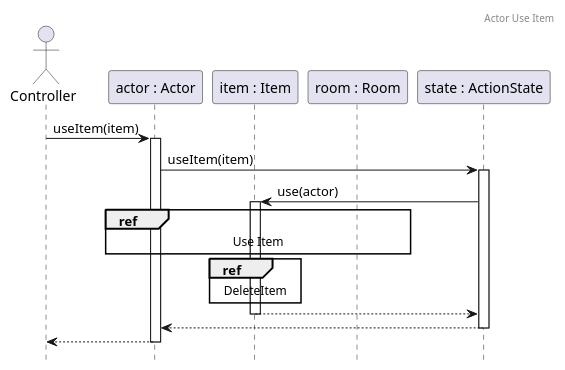
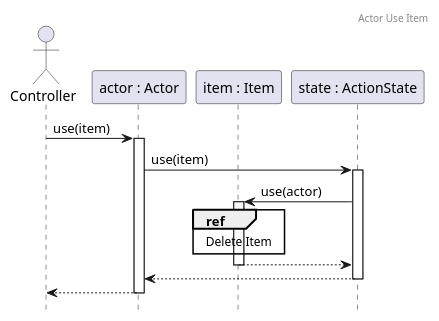
One commit to Kristof-me/Logarlec changed the diagram in docs/sequence/actor/ActorUseItem.puml. Above: the diagram before and after it, drawn with PlantUML. The commit also changed 7 other files, not shown here.

Commit message:
Checked Sequence 02-05

```diff
--- a/docs/sequence/actor/ActorUseItem.puml
+++ b/docs/sequence/actor/ActorUseItem.puml
@@ -1,22 +1,20 @@
 @startuml ActorUseItem
 header Actor Use Item
 
 hide footbox
 autoactivate on
 
 actor A as "Controller"
 participant B as "actor : Actor"
 participant D as "item : Item"
-participant R as "room : Room"
 participant C as "state : ActionState"
 
-A -> B : useItem(item)
-B -> C : useItem(item)
+A -> B : use(item)
+B -> C : use(item)
 C -> D : use(actor)
-ref over B, D, R : Use Item
-ref over D : DeleteItem
+ref over D : Delete Item
 
 return
 return
 return
 @enduml
```
